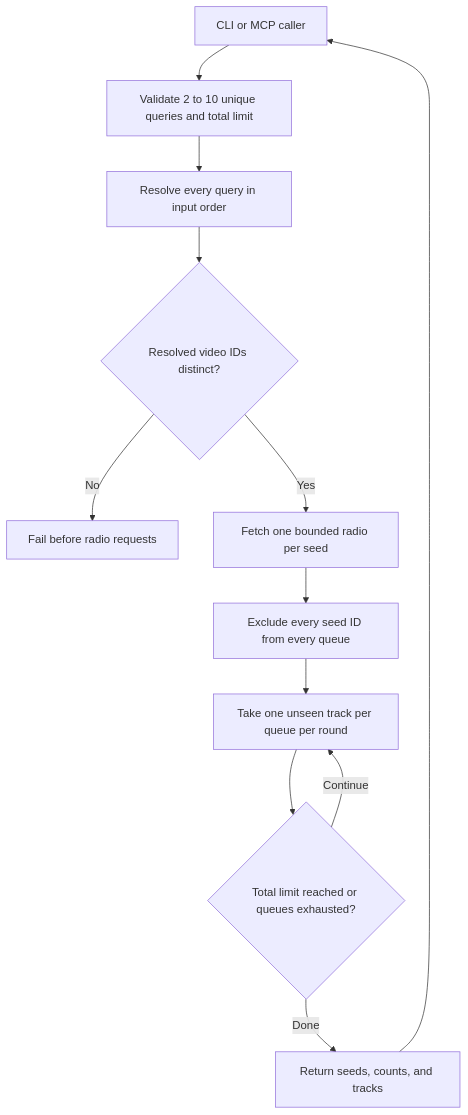
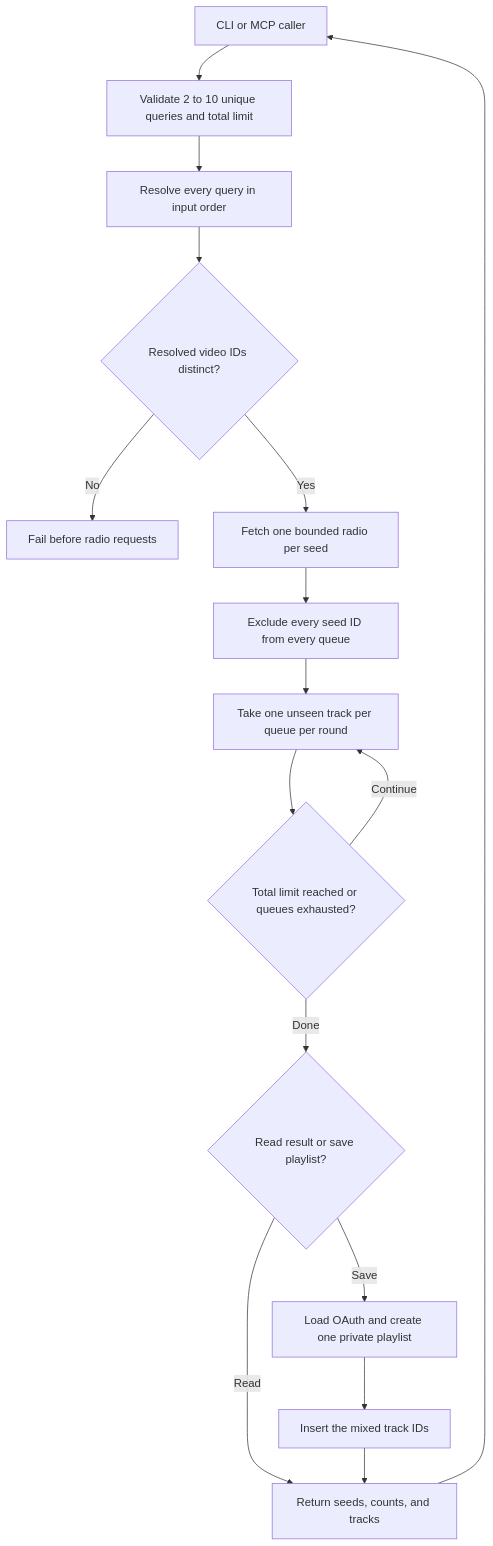
Before and after one commit to stevenmichiels/yt-mcp: the second of 2 diagrams in docs/multi-seed-plan.md, drawn with Mermaid. The commit also changed other lines of this file and 6 other files, not shown here.

````diff
--- a/docs/multi-seed-plan.md
+++ b/docs/multi-seed-plan.md
@@ -36,14 +38,18 @@
 ```mermaid
 flowchart TD
     U[CLI or MCP caller] --> V[Validate 2 to 10 unique queries and total limit]
     V --> S[Resolve every query in input order]
     S --> D{Resolved video IDs distinct?}
     D -->|No| E[Fail before radio requests]
     D -->|Yes| R[Fetch one bounded radio per seed]
     R --> X[Exclude every seed ID from every queue]
     X --> M[Take one unseen track per queue per round]
     M --> C{Total limit reached or queues exhausted?}
     C -->|Continue| M
-    C -->|Done| O[Return seeds, counts, and tracks]
+    C -->|Done| P{Read result or save playlist?}
+    P -->|Read| O[Return seeds, counts, and tracks]
+    P -->|Save| A[Load OAuth and create one private playlist]
+    A --> W[Insert the mixed track IDs]
+    W --> O
     O --> U
 ```
````
